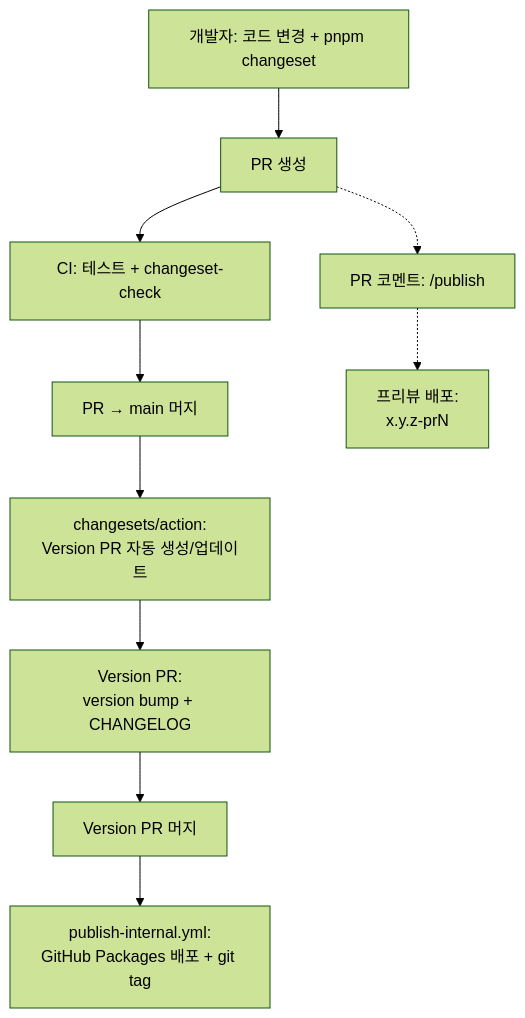
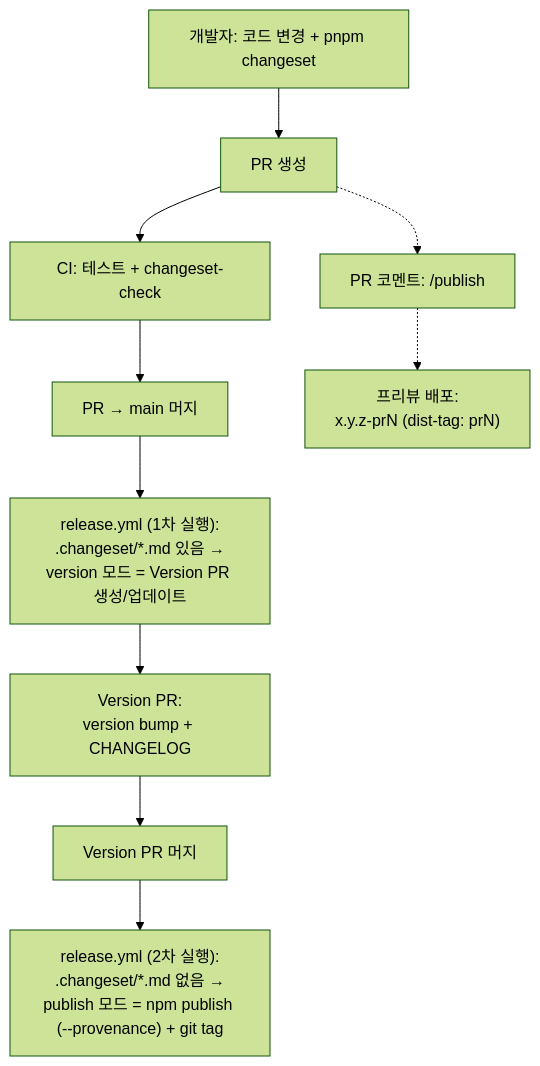
Before and after one commit to p-iknow/overlay-kit-async: the diagram in internal-docs/05-release-flow/README.md, drawn with Mermaid (forest theme). The commit also changed other lines of this file and 5 other files, not shown here.

First line of the commit message:
ci: unify release flow into single workflow using changesets/action (#8)

````diff
--- a/internal-docs/05-release-flow/README.md
+++ b/internal-docs/05-release-flow/README.md
@@ -11,17 +11,17 @@
 ```mermaid
 flowchart TD
     DEV["개발자: 코드 변경 + pnpm changeset"]
     PR["PR 생성"]
     CI["CI: 테스트 + changeset-check"]
     MERGE["PR → main 머지"]
-    BOT["changesets/action:<br/>Version PR 자동 생성/업데이트"]
+    REL1["release.yml (1차 실행):<br/>.changeset/*.md 있음 →<br/>version 모드 = Version PR 생성/업데이트"]
     VPR["Version PR:<br/>version bump + CHANGELOG"]
     VMERGE["Version PR 머지"]
-    PUB["publish-internal.yml:<br/>GitHub Packages 배포 + git tag"]
+    REL2["release.yml (2차 실행):<br/>.changeset/*.md 없음 →<br/>publish 모드 = npm publish (--provenance) + git tag"]
 
-    DEV --> PR --> CI --> MERGE --> BOT --> VPR --> VMERGE --> PUB
+    DEV --> PR --> CI --> MERGE --> REL1 --> VPR --> VMERGE --> REL2
 
     PREVIEW["PR 코멘트: /publish"]
-    PREPUB["프리뷰 배포:<br/>x.y.z-prN"]
+    PREPUB["프리뷰 배포:<br/>x.y.z-prN (dist-tag: prN)"]
     PR -.-> PREVIEW -.-> PREPUB
 ```
````
